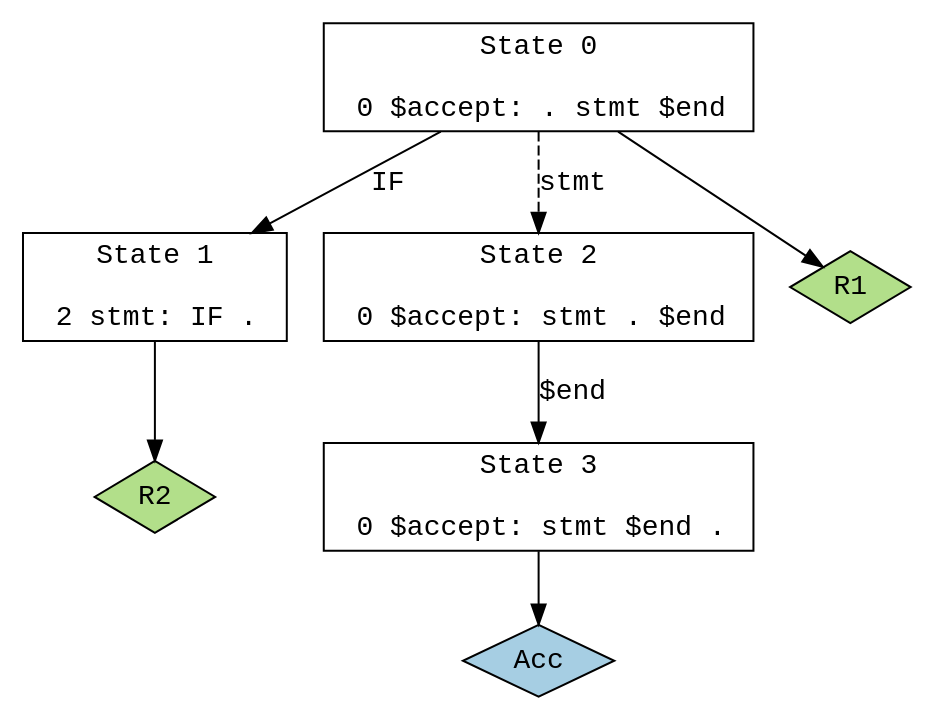
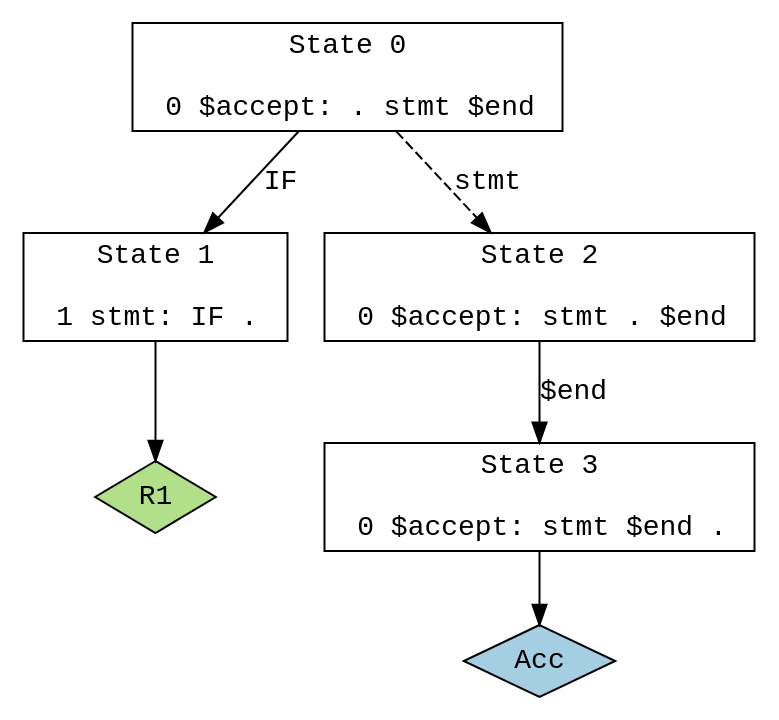
One commit to FrankiePaolo/IMAGine changed the diagram in parser.dot. Above: the diagram before and after it, drawn with Graphviz. The commit also changed 4 other files, not shown here.

```diff
--- a/parser.dot
+++ b/parser.dot
@@ -1,23 +1,21 @@
 // Generated by GNU Bison 3.4.1.
 // Report bugs to <bug-bison@gnu.org>.
 // Home page: <http://www.gnu.org/software/bison/>.
 
 digraph "parser.y"
 {
   node [fontname = courier, shape = box, colorscheme = paired6]
   edge [fontname = courier]
 
   0 [label="State 0\n\l  0 $accept: . stmt $end\l"]
   0 -> 1 [style=solid label="IF"]
   0 -> 2 [style=dashed label="stmt"]
-  0 -> "0R1" [style=solid]
- "0R1" [label="R1", fillcolor=3, shape=diamond, style=filled]
-  1 [label="State 1\n\l  2 stmt: IF .\l"]
-  1 -> "1R2" [style=solid]
- "1R2" [label="R2", fillcolor=3, shape=diamond, style=filled]
+  1 [label="State 1\n\l  1 stmt: IF .\l"]
+  1 -> "1R1" [style=solid]
+ "1R1" [label="R1", fillcolor=3, shape=diamond, style=filled]
   2 [label="State 2\n\l  0 $accept: stmt . $end\l"]
   2 -> 3 [style=solid label="$end"]
   3 [label="State 3\n\l  0 $accept: stmt $end .\l"]
   3 -> "3R0" [style=solid]
  "3R0" [label="Acc", fillcolor=1, shape=diamond, style=filled]
 }
```
